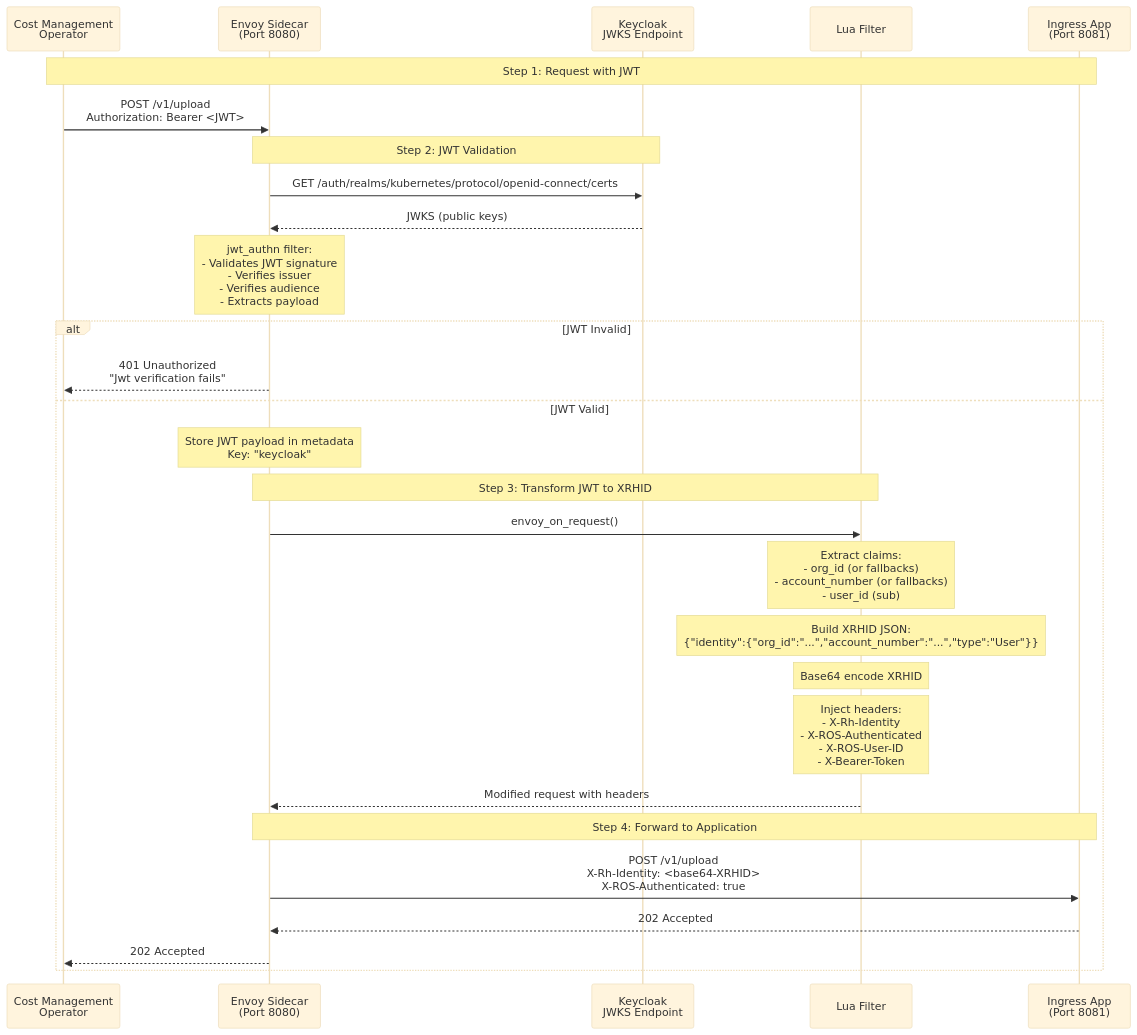
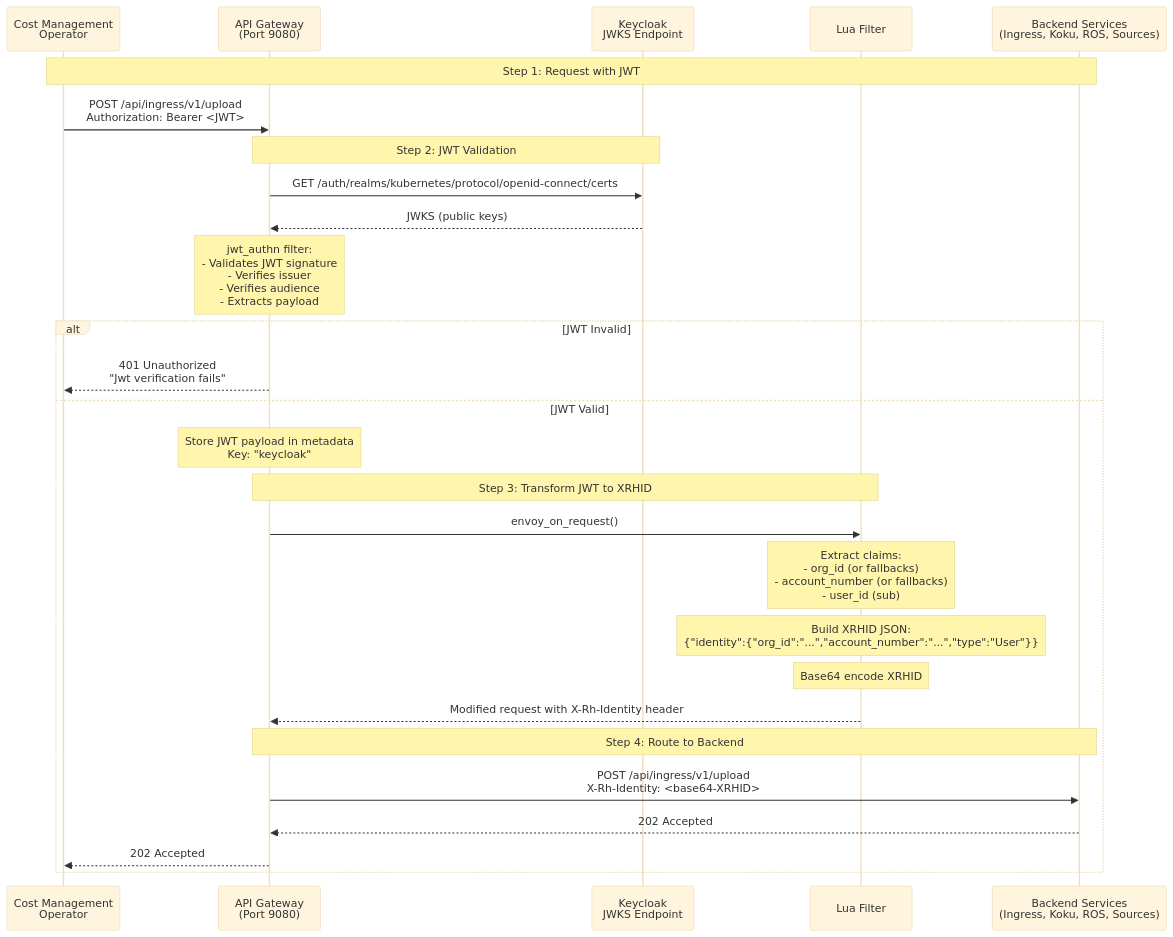
Before and after one commit to jordigilh/ros-helm-chart: the second of 2 diagrams in docs/keycloak-jwt-authentication-setup.md, drawn with Mermaid (base theme). The commit also changed other lines of this file and 7 other files, not shown here.

````diff
--- a/docs/keycloak-jwt-authentication-setup.md
+++ b/docs/keycloak-jwt-authentication-setup.md
@@ -213,42 +210,40 @@
 ```mermaid
 sequenceDiagram
     participant Operator as Cost Management<br/>Operator
-    participant Envoy as Envoy Sidecar<br/>(Port 8080)
+    participant Gateway as API Gateway<br/>(Port 9080)
     participant Keycloak as Keycloak<br/>JWKS Endpoint
     participant Lua as Lua Filter
-    participant App as Ingress App<br/>(Port 8081)
+    participant Backend as Backend Services<br/>(Ingress, Koku, ROS, Sources)
 
-    Note over Operator,App: Step 1: Request with JWT
-    Operator->>Envoy: POST /v1/upload<br/>Authorization: Bearer <JWT>
+    Note over Operator,Backend: Step 1: Request with JWT
+    Operator->>Gateway: POST /api/ingress/v1/upload<br/>Authorization: Bearer <JWT>
 
-    Note over Envoy,Keycloak: Step 2: JWT Validation
-    Envoy->>Keycloak: GET /auth/realms/kubernetes/protocol/openid-connect/certs
-    Keycloak-->>Envoy: JWKS (public keys)
+    Note over Gateway,Keycloak: Step 2: JWT Validation
+    Gateway->>Keycloak: GET /auth/realms/kubernetes/protocol/openid-connect/certs
+    Keycloak-->>Gateway: JWKS (public keys)
 
-    Note over Envoy: jwt_authn filter:<br/>- Validates JWT signature<br/>- Verifies issuer<br/>- Verifies audience<br/>- Extracts payload
+    Note over Gateway: jwt_authn filter:<br/>- Validates JWT signature<br/>- Verifies issuer<br/>- Verifies audience<br/>- Extracts payload
 
     alt JWT Invalid
-        Envoy-->>Operator: 401 Unauthorized<br/>"Jwt verification fails"
+        Gateway-->>Operator: 401 Unauthorized<br/>"Jwt verification fails"
     else JWT Valid
-        Note over Envoy: Store JWT payload in metadata<br/>Key: "keycloak"
+        Note over Gateway: Store JWT payload in metadata<br/>Key: "keycloak"
 
-        Note over Envoy,Lua: Step 3: Transform JWT to XRHID
-        Envoy->>Lua: envoy_on_request()
+        Note over Gateway,Lua: Step 3: Transform JWT to XRHID
+        Gateway->>Lua: envoy_on_request()
 
         Note over Lua: Extract claims:<br/>- org_id (or fallbacks)<br/>- account_number (or fallbacks)<br/>- user_id (sub)
 
         Note over Lua: Build XRHID JSON:<br/>{"identity":{"org_id":"...","account_number":"...","type":"User"}}
 
         Note over Lua: Base64 encode XRHID
 
-        Note over Lua: Inject headers:<br/>- X-Rh-Identity<br/>- X-ROS-Authenticated<br/>- X-ROS-User-ID<br/>- X-Bearer-Token
+        Lua-->>Gateway: Modified request with X-Rh-Identity header
 
-        Lua-->>Envoy: Modified request with headers
+        Note over Gateway,Backend: Step 4: Route to Backend
+        Gateway->>Backend: POST /api/ingress/v1/upload<br/>X-Rh-Identity: <base64-XRHID>
 
-        Note over Envoy,App: Step 4: Forward to Application
-        Envoy->>App: POST /v1/upload<br/>X-Rh-Identity: <base64-XRHID><br/>X-ROS-Authenticated: true
-
-        App-->>Envoy: 202 Accepted
-        Envoy-->>Operator: 202 Accepted
+        Backend-->>Gateway: 202 Accepted
+        Gateway-->>Operator: 202 Accepted
     end
 ```
````
